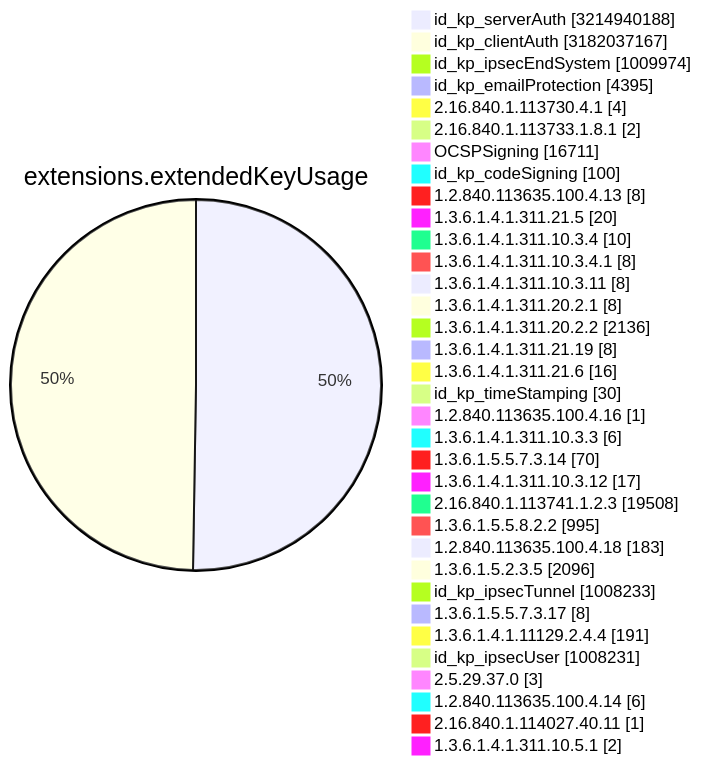
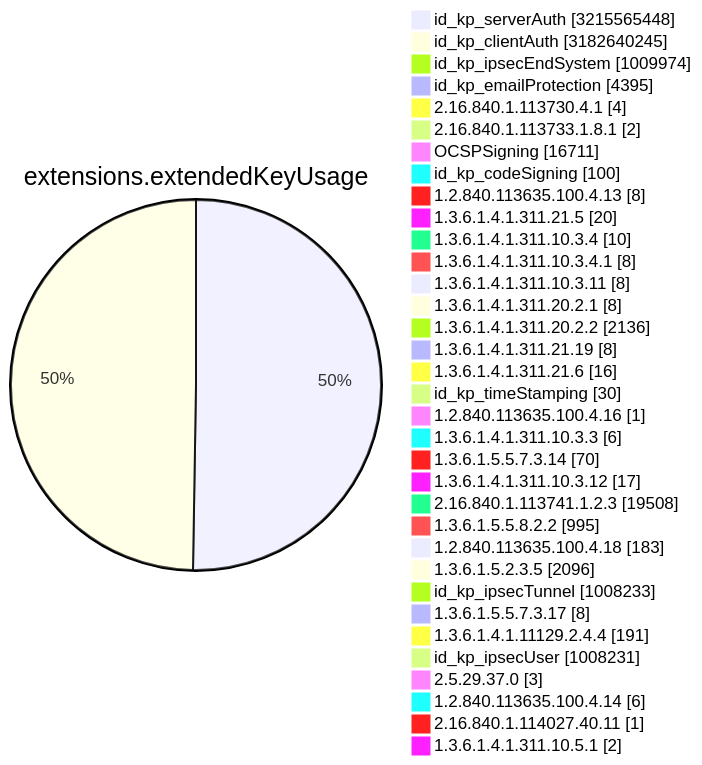
One commit to christiankrug/ctmonitor_visualization changed diagram 11 of 15 in TOTAL/README.md. Above: the diagram before and after it, drawn with Mermaid. The commit also changed other lines of this file, not shown here.

````diff
--- a/TOTAL/README.md
+++ b/TOTAL/README.md
@@ -4119,38 +4119,38 @@
 ```mermaid
 pie showData
 title extensions.extendedKeyUsage
-"id_kp_serverAuth" :3214940188
-"id_kp_clientAuth" :3182037167
+"id_kp_serverAuth" :3215565448
+"id_kp_clientAuth" :3182640245
 "id_kp_ipsecEndSystem" :1009974
 "id_kp_emailProtection" :4395
 "2.16.840.1.113730.4.1" :4
 "2.16.840.1.113733.1.8.1" :2
 "OCSPSigning" :16711
 "id_kp_codeSigning" :100
 "1.2.840.113635.100.4.13" :8
 "1.3.6.1.4.1.311.21.5" :20
 "1.3.6.1.4.1.311.10.3.4" :10
 "1.3.6.1.4.1.311.10.3.4.1" :8
 "1.3.6.1.4.1.311.10.3.11" :8
 "1.3.6.1.4.1.311.20.2.1" :8
 "1.3.6.1.4.1.311.20.2.2" :2136
 "1.3.6.1.4.1.311.21.19" :8
 "1.3.6.1.4.1.311.21.6" :16
 "id_kp_timeStamping" :30
 "1.2.840.113635.100.4.16" :1
 "1.3.6.1.4.1.311.10.3.3" :6
 "1.3.6.1.5.5.7.3.14" :70
 "1.3.6.1.4.1.311.10.3.12" :17
 "2.16.840.1.113741.1.2.3" :19508
 "1.3.6.1.5.5.8.2.2" :995
 "1.2.840.113635.100.4.18" :183
 "1.3.6.1.5.2.3.5" :2096
 "id_kp_ipsecTunnel" :1008233
 "1.3.6.1.5.5.7.3.17" :8
 "1.3.6.1.4.1.11129.2.4.4" :191
 "id_kp_ipsecUser" :1008231
 "2.5.29.37.0" :3
 "1.2.840.113635.100.4.14" :6
 "2.16.840.1.114027.40.11" :1
 "1.3.6.1.4.1.311.10.5.1" :2
 ```
````
